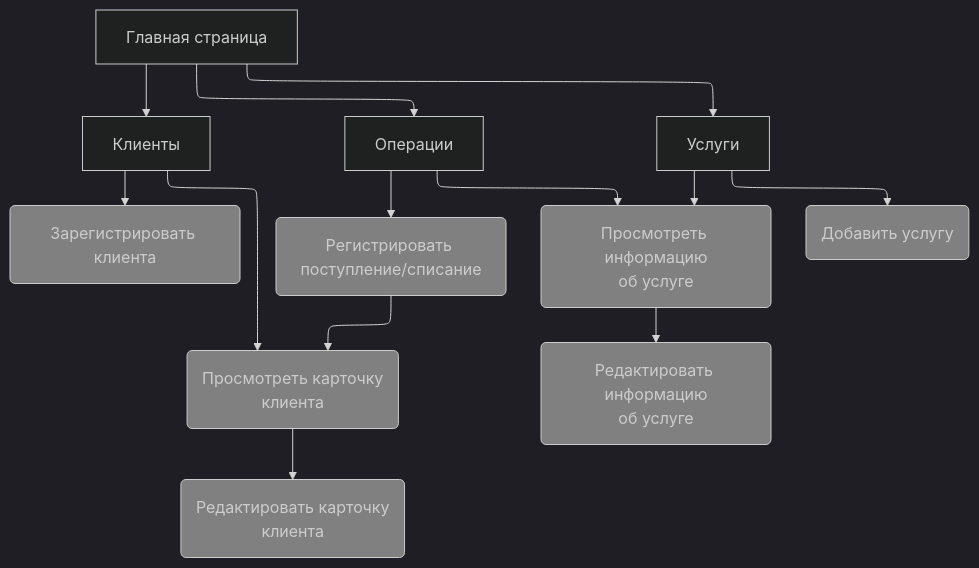
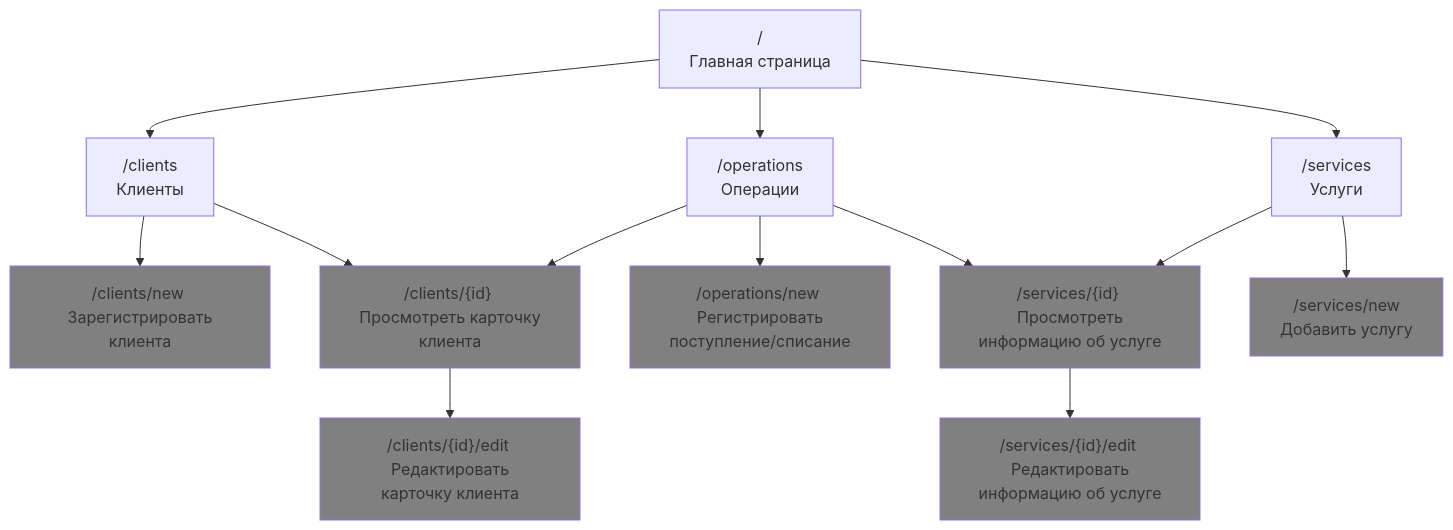
Before and after one commit to XKusya/webprak: the first of 2 diagrams in README.md, drawn with Mermaid. The commit also changed other lines of this file and 2 other files, not shown here.

Commit message:
add site-struct.md and update diagrams

````diff
--- a/README.md
+++ b/README.md
@@ -14,52 +14,36 @@
 ```mermaid
----
-config:
-    theme: dark
-    layout: elk
----
 flowchart TD
+    M["/ <br> Главная страница"]
+    C["/clients <br> Клиенты"]
+    O["/operations <br> Операции"]
+    S["/services <br> Услуги"]
+    CN["/clients/new <br> Зарегистрировать клиента"]
+    CI["/clients/{id} <br> Просмотреть карточку клиента"]
+    CIE["/clients/{id}/edit <br> Редактировать карточку клиента"]
+    ON["/operations/new <br> Регистрировать поступление/списание"]
+    SI["/services/{id} <br> Просмотреть информацию об услуге"]
+    SN["/services/new <br> Добавить услугу"]
+    SIE["/services/{id}/edit <br> Редактировать информацию об услуге"]
+    M --> C
+    M --> O
+    M --> S
 
-    A["Главная страница"]
+    C --> CN
+    C --> CI
+    CI --> CIE
 
-    B["Клиенты"]
-    C["Операции"]
-    D["Услуги"]
-    
-    E("Зарегистрировать клиента" )
-    F("Просмотреть карточку <br/>клиента")
-    G("Редактировать карточку<br/>клиента")
+    O --> ON
+    O --> CI
+    O --> SI
 
-    H("Регистрировать поступление/списание")
-
-    I("Просмотреть информацию<br/>об услуге")
-    J("Добавить услугу")
-    K("Редактировать информацию<br/>об услуге")
-
-    %% Главная навигация
-    A --> B
-    A --> C
-    A --> D
-
-    %% Клиенты
-    B --> E
-    B --> F
-    F --> G
-
-    %% Операции
-    C --> H
-    H --> F
-    C --> I
-
-    %% Услуги
-    D --> I
-    D --> J
-    I --> K
-
-    style E fill: gray
-    style F fill: gray
-    style G fill: gray
-    style H fill: gray
-    style I fill: gray
-    style J fill: gray
-    style K fill: gray
+    S --> SI
+    S --> SN
+    SI --> SIE
+    style CN fill: gray
+    style CI fill: gray
+    style CIE fill: gray
+    style ON fill: gray
+    style SI fill: gray
+    style SN fill: gray
+    style SIE fill: gray
 ```
````
